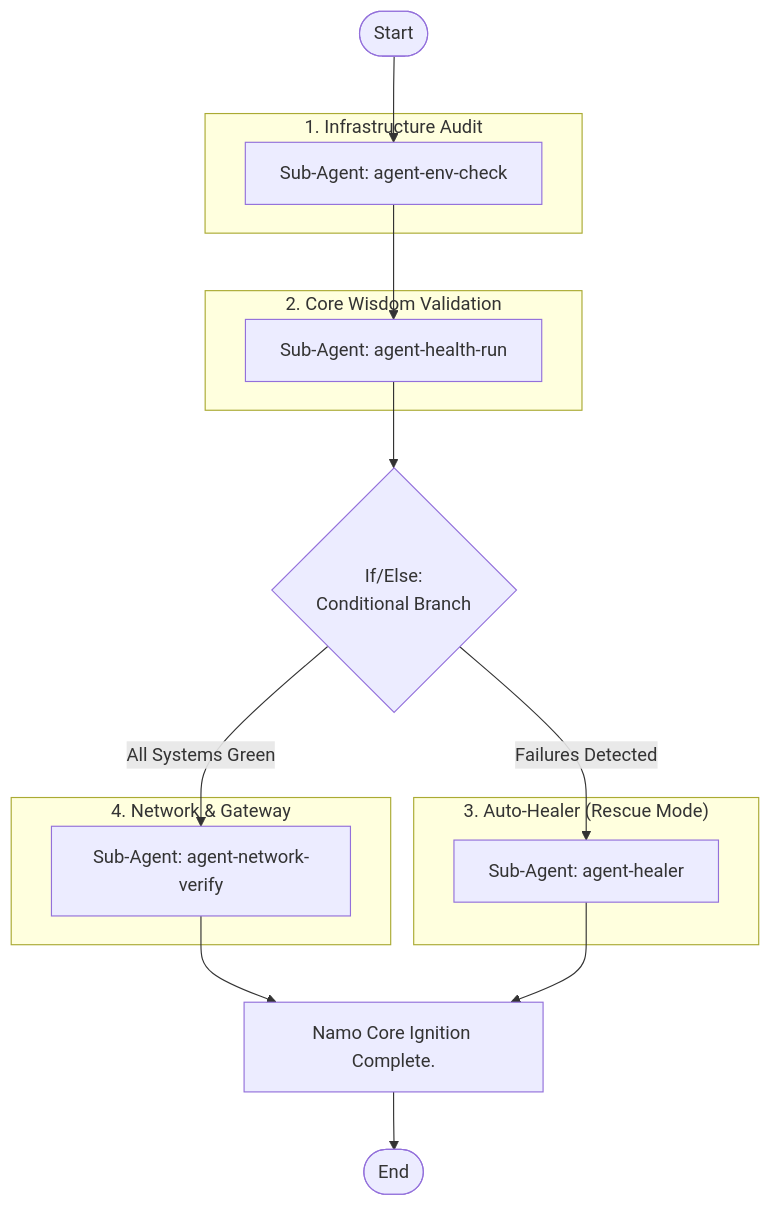
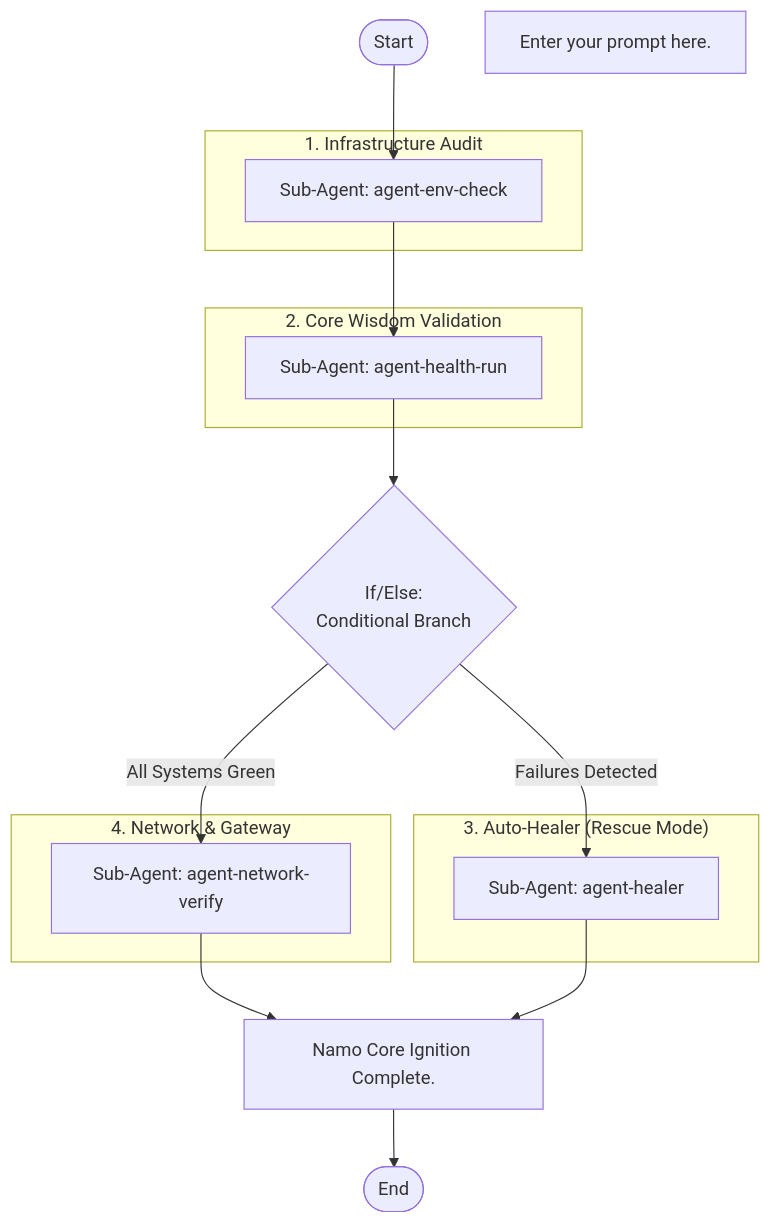
Before and after one commit to icezingza/NamoNexus-Smart-Classroom: the diagram in .claude/commands/namo-core-ignition.md, drawn with Mermaid. The commit also changed other lines of this file and 158 other files, not shown here.

````diff
--- a/.claude/commands/namo-core-ignition.md
+++ b/.claude/commands/namo-core-ignition.md
@@ -4,28 +4,29 @@
 ```mermaid
 flowchart TD
     subgraph group-env["1. Infrastructure Audit"]
         agent-env-check[Sub-Agent: agent-env-check]
     end
     subgraph group-validation["2. Core Wisdom Validation"]
         agent-health-run[Sub-Agent: agent-health-run]
     end
     subgraph group-healing["3. Auto-Healer #40;Rescue Mode#41;"]
         agent-healer[Sub-Agent: agent-healer]
     end
     subgraph group-network["4. Network & Gateway"]
         agent-network-verify[Sub-Agent: agent-network-verify]
     end
     start-1([Start])
     if-health-passed{If/Else:<br/>Conditional Branch}
     prompt-final-status[Namo Core Ignition Complete.]
     end_1([End])
+    prompt-1778170039769[Enter your prompt here.]
 
     start-1 --> agent-env-check
     agent-env-check --> agent-health-run
     agent-health-run --> if-health-passed
     if-health-passed -->|All Systems Green| agent-network-verify
     if-health-passed -->|Failures Detected| agent-healer
     agent-network-verify --> prompt-final-status
     agent-healer --> prompt-final-status
     prompt-final-status --> end_1
 ```
````
